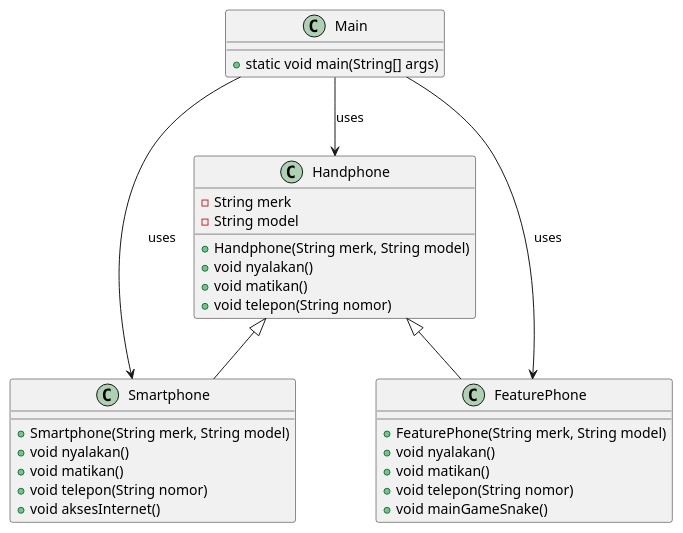
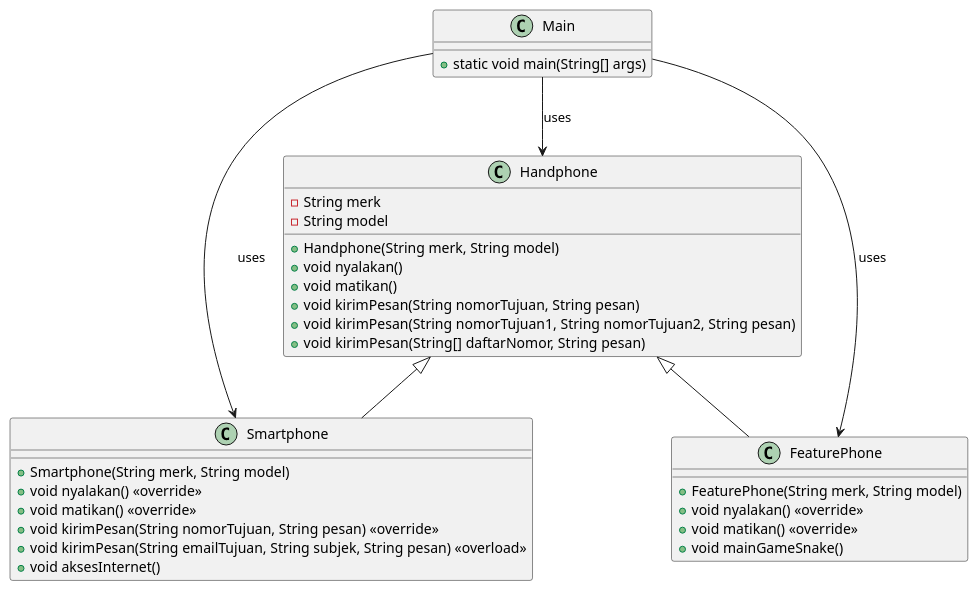
The diagram in Tugas-Polymorphism/handphone.puml (icen6/Tugas-PBO), drawn with PlantUML before and after one commit. The commit also changed 2 other files, not shown here.

```diff
--- a/Tugas-Polymorphism/handphone.puml
+++ b/Tugas-Polymorphism/handphone.puml
@@ -1,36 +1,38 @@
 @startuml
 class Main {
     + static void main(String[] args)
 }
 
 class Handphone {
     - String merk
     - String model
     + Handphone(String merk, String model)
     + void nyalakan()
     + void matikan()
-    + void telepon(String nomor)
+    + void kirimPesan(String nomorTujuan, String pesan)
+    + void kirimPesan(String nomorTujuan1, String nomorTujuan2, String pesan)
+    + void kirimPesan(String[] daftarNomor, String pesan)
 }
 
 class Smartphone {
     + Smartphone(String merk, String model)
-    + void nyalakan()
-    + void matikan()
-    + void telepon(String nomor)
+    + void nyalakan() <<override>>
+    + void matikan() <<override>>
+    + void kirimPesan(String nomorTujuan, String pesan) <<override>>
+    + void kirimPesan(String emailTujuan, String subjek, String pesan) <<overload>>
     + void aksesInternet()
 }
 
 class FeaturePhone {
     + FeaturePhone(String merk, String model)
-    + void nyalakan()
-    + void matikan()
-    + void telepon(String nomor)
+    + void nyalakan() <<override>> 
+    + void matikan() <<override>> 
     + void mainGameSnake()
 }
 
 Main --> Handphone :uses
 Main --> Smartphone :uses 
 Main --> FeaturePhone :uses 
 Handphone <|-- Smartphone
 Handphone <|-- FeaturePhone
 @enduml
```
